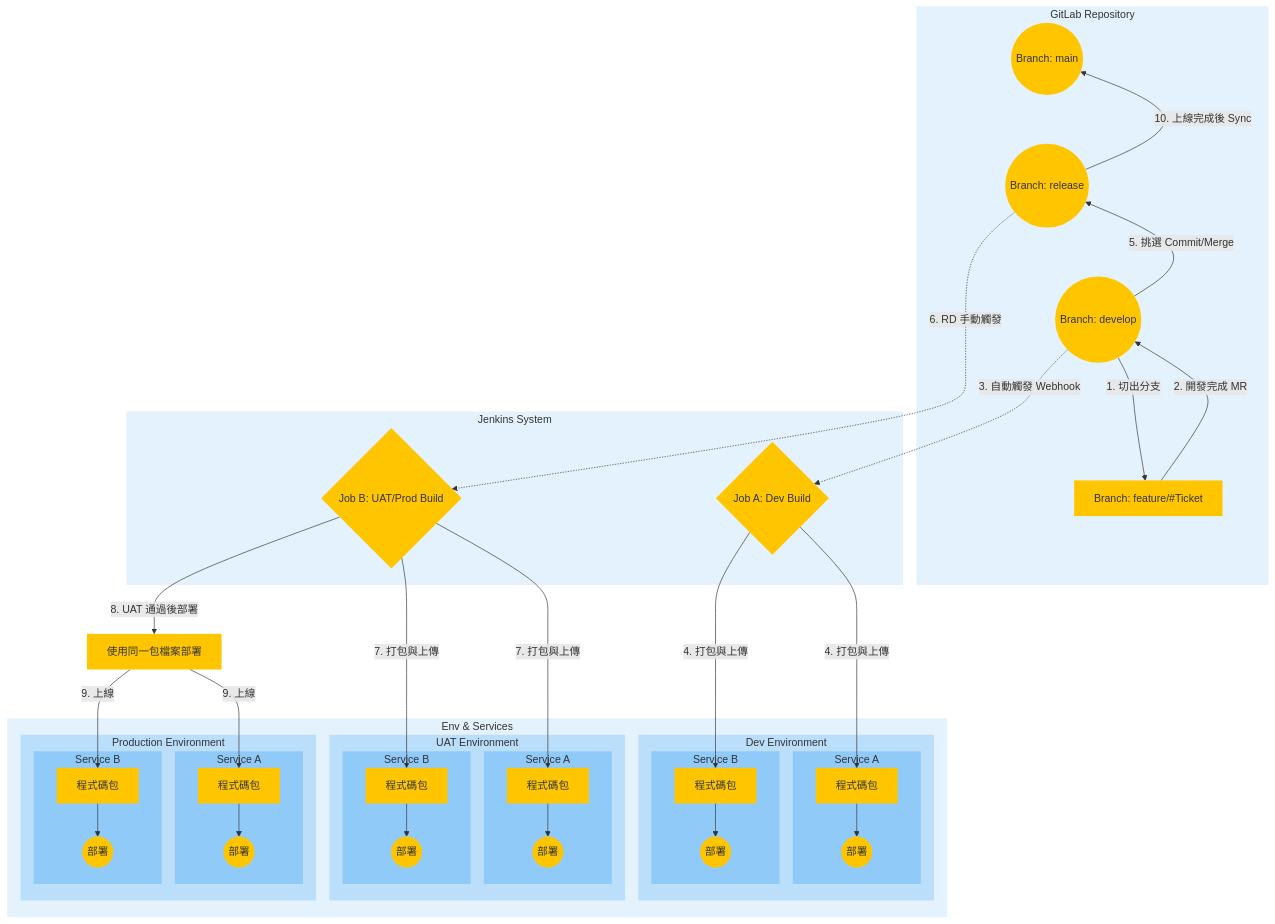
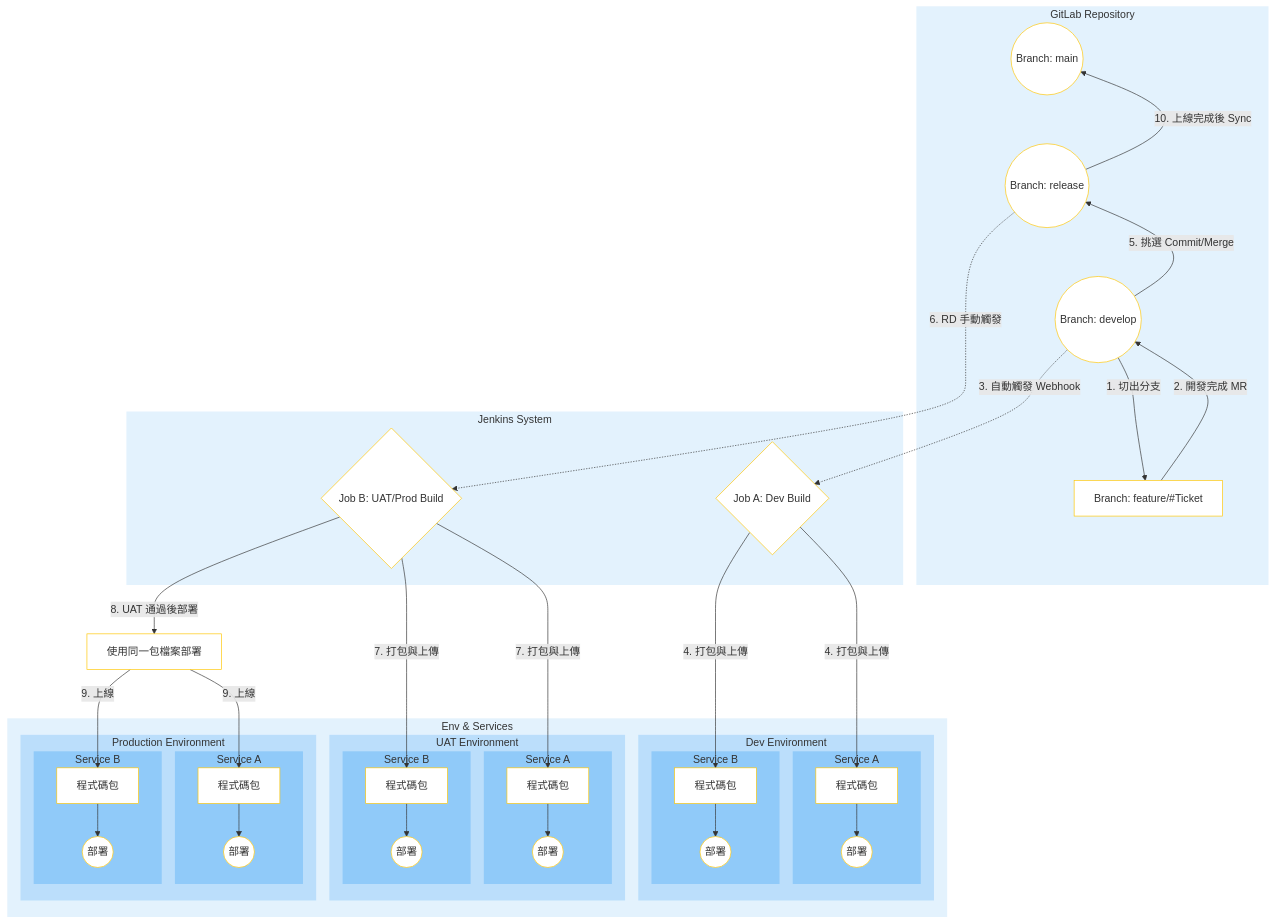
One commit to almightyken0425/KnowledgeVault changed the second of 2 diagrams in SIT/ReleaseWorkFlow.md. Above: the diagram before and after it, drawn with Mermaid.

````diff
--- a/SIT/ReleaseWorkFlow.md
+++ b/SIT/ReleaseWorkFlow.md
@@ -47,11 +47,11 @@
 ```mermaid
 graph TD
     %% 定義樣式
-    classDef branch fill:#FFC600,stroke:#2E7D32,stroke-width:0px;
-    classDef action fill:#FFC600,stroke:#2E7D32,stroke-width:0px;
-    classDef server fill:#FFC600,stroke:#2E7D32,stroke-width:0px;
-    classDef jenkins fill:#FFC600,stroke:#2E7D32,stroke-width:0px;
-    classDef deployAction fill:#FFC600,stroke:#2E7D32,stroke-width:0px;
+    classDef branch fill:#FFFFFF,stroke:#FFC600,stroke-width:1px;
+    classDef action fill:#FFFFFF,stroke:#FFC600,stroke-width:1px;
+    classDef server fill:#FFFFFF,stroke:#FFC600,stroke-width:1px;
+    classDef jenkins fill:#FFFFFF,stroke:#FFC600,stroke-width:1px;
+    classDef deployAction fill:#FFFFFF,stroke:#FFC600,stroke-width:1px;
 
     %% 節點定義
     subgraph Git_Repo [GitLab Repository]
````
